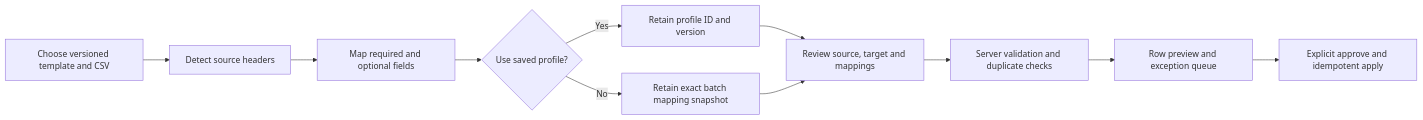
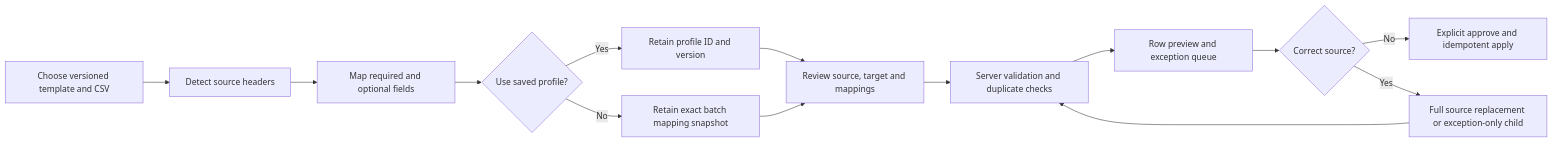
One commit to manishklach/folio-finance-platform changed the diagram in docs/transactional-ux.md. Above: the diagram before and after it, drawn with Mermaid. The commit also changed other lines of this file and 13 other files, not shown here.

````diff
--- a/docs/transactional-ux.md
+++ b/docs/transactional-ux.md
@@ -22,13 +22,16 @@
 ```mermaid
 flowchart LR
   S[Choose versioned template and CSV] --> H[Detect source headers]
   H --> M[Map required and optional fields]
   M --> P{Use saved profile?}
   P -->|Yes| L[Retain profile ID and version]
   P -->|No| B[Retain exact batch mapping snapshot]
   L --> R[Review source, target and mappings]
   B --> R
   R --> V[Server validation and duplicate checks]
   V --> Q[Row preview and exception queue]
-  Q --> A[Explicit approve and idempotent apply]
+  Q --> C{Correct source?}
+  C -->|No| A[Explicit approve and idempotent apply]
+  C -->|Yes| X[Full source replacement or exception-only child]
+  X --> V
 ```
````
